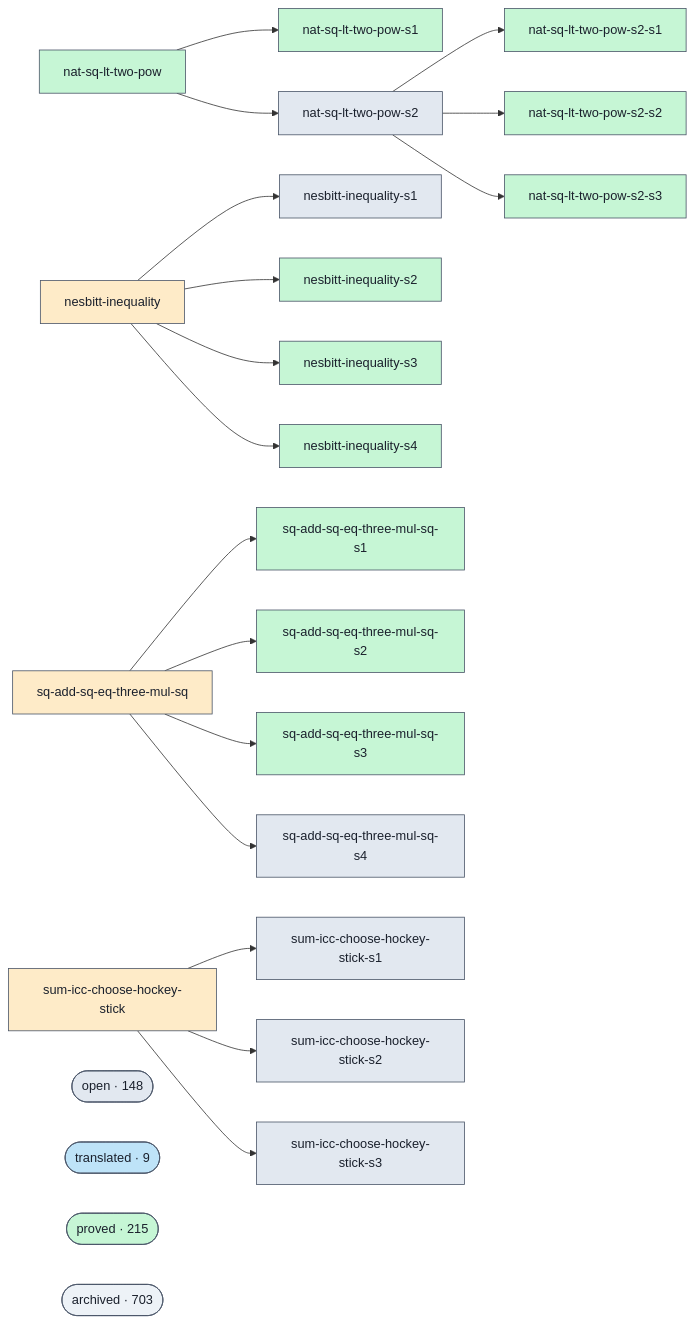
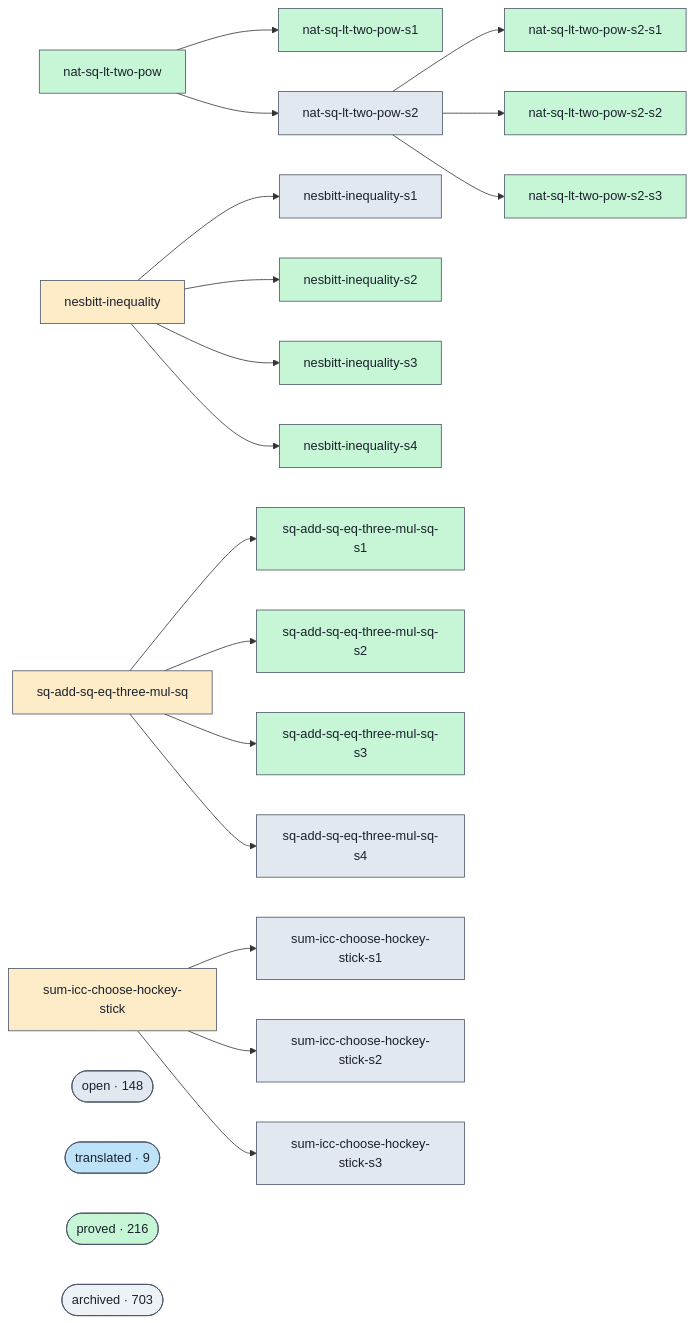
One commit to Rauxon/unsorry changed the diagram in docs/proofs-contributors-visualisation.md. Above: the diagram before and after it, drawn with Mermaid. The commit also changed other lines of this file and 2 other files, not shown here.

```diff
--- a/docs/proofs-contributors-visualisation.md
+++ b/docs/proofs-contributors-visualisation.md
@@ -102,7 +102,7 @@
   class cluster_open open;
   cluster_translated(["translated · 9"])
   class cluster_translated translated;
-  cluster_proved(["proved · 215"])
+  cluster_proved(["proved · 216"])
   class cluster_proved proved;
   cluster_archived(["archived · 703"])
   class cluster_archived unknown;
```
